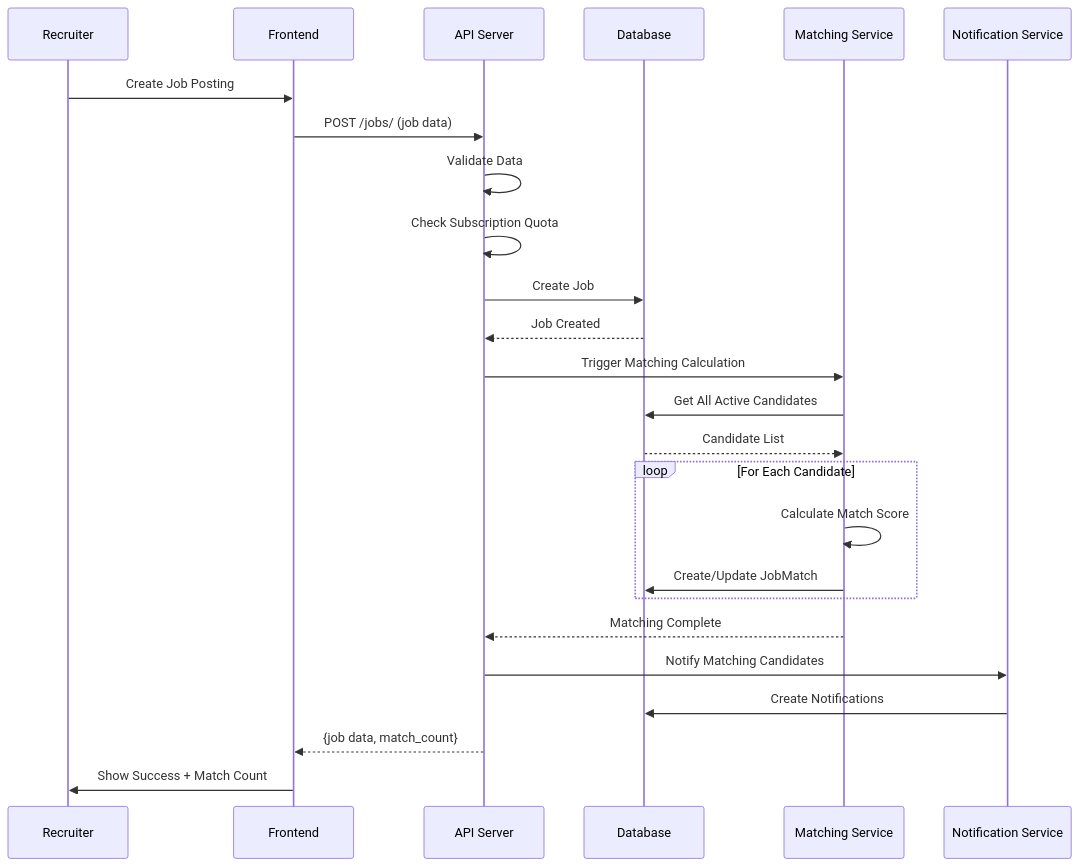
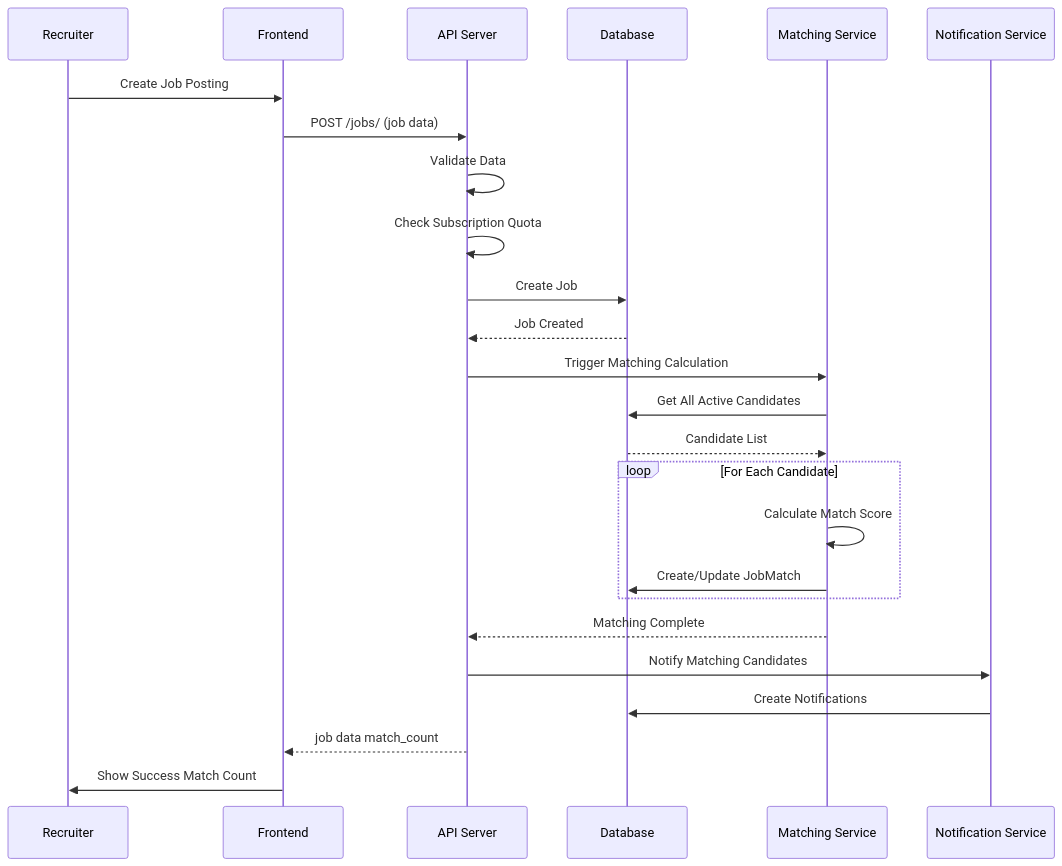
Before and after one commit to adil77672/recruitment-platform-docs: the fourth of 17 diagrams in SYSTEM_DOCUMENTATION.md, drawn with Mermaid. The commit also changed other lines of this file, not shown here.

````diff
--- a/SYSTEM_DOCUMENTATION.md
+++ b/SYSTEM_DOCUMENTATION.md
@@ -725,31 +725,31 @@
 ```mermaid
 sequenceDiagram
     participant R as Recruiter
     participant F as Frontend
     participant API as API Server
     participant DB as Database
     participant M as Matching Service
     participant N as Notification Service
     
     R->>F: Create Job Posting
     F->>API: POST /jobs/ (job data)
     API->>API: Validate Data
     API->>API: Check Subscription Quota
     API->>DB: Create Job
     DB-->>API: Job Created
     
     API->>M: Trigger Matching Calculation
     M->>DB: Get All Active Candidates
     DB-->>M: Candidate List
     
     loop For Each Candidate
         M->>M: Calculate Match Score
         M->>DB: Create/Update JobMatch
     end
     
     M-->>API: Matching Complete
     API->>N: Notify Matching Candidates
     N->>DB: Create Notifications
-    API-->>F: {job data, match_count}
-    F->>R: Show Success + Match Count
+    API-->>F: job data match_count
+    F->>R: Show Success Match Count
 ```
````
